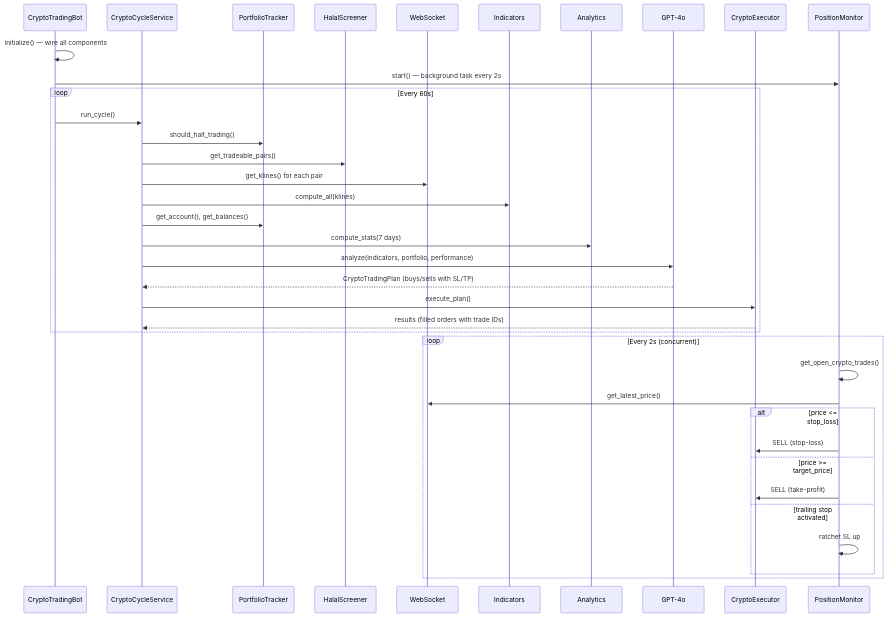
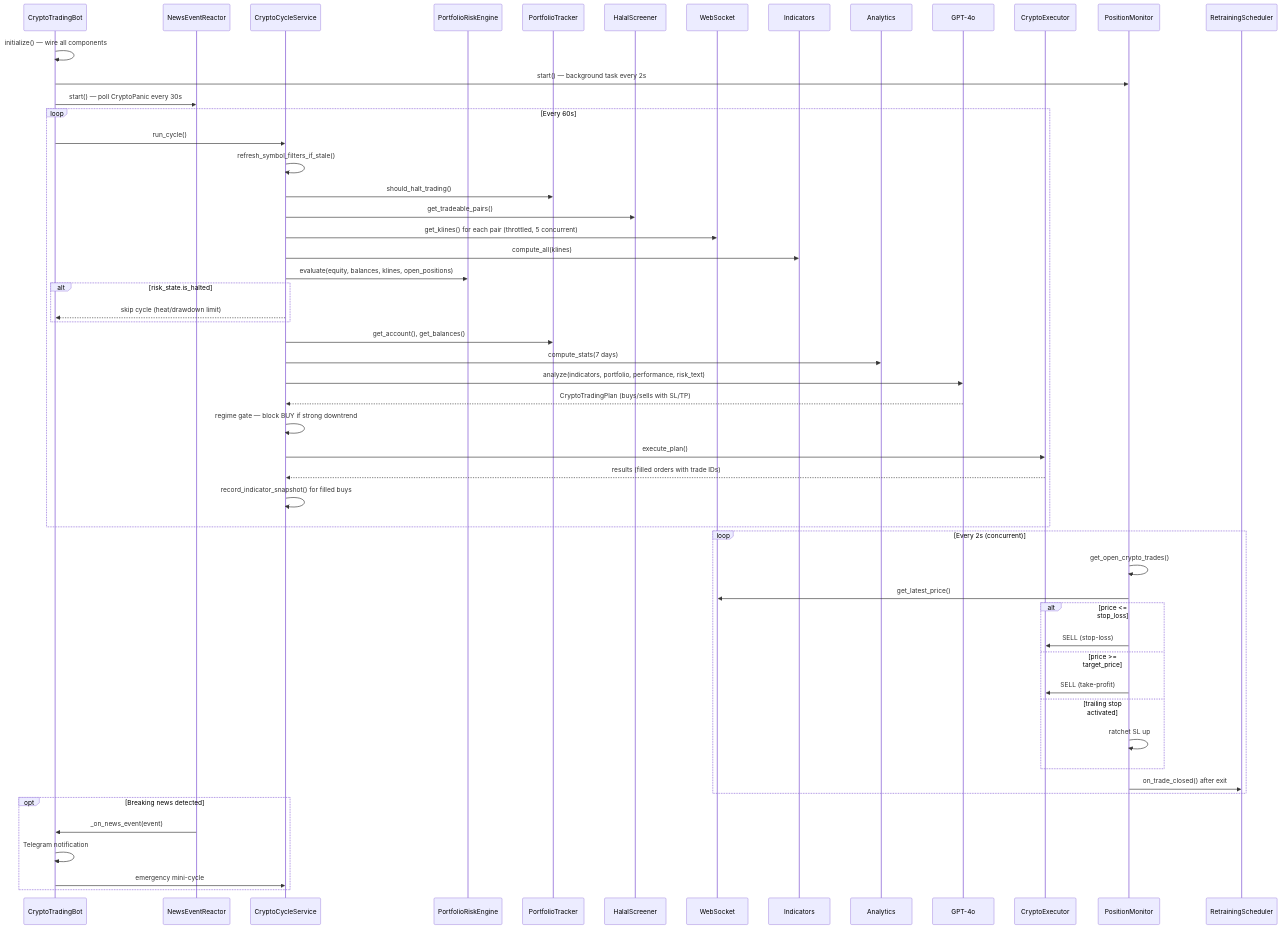
The second of 6 diagrams in docs/ARCHITECTURE.md (lanterno/tradeHalalLLM), drawn with Mermaid before and after one commit. The commit also changed other lines of this file, not shown here.

First line of the commit message:
docs: refresh ARCHITECTURE for risk engine, ML retraining, news reactor

````diff
--- a/docs/ARCHITECTURE.md
+++ b/docs/ARCHITECTURE.md
@@ -134,42 +161,60 @@
 ```mermaid
 sequenceDiagram
     participant Sched as CryptoTradingBot
+    participant News as NewsEventReactor
     participant Cycle as CryptoCycleService
+    participant Risk as PortfolioRiskEngine
     participant Port as PortfolioTracker
     participant Screen as HalalScreener
     participant WS as WebSocket
     participant Ind as Indicators
     participant Anal as Analytics
     participant LLM as GPT-4o
     participant Exec as CryptoExecutor
     participant Mon as PositionMonitor
+    participant Retrain as RetrainingScheduler
 
     Sched->>Sched: initialize() — wire all components
     Sched->>Mon: start() — background task every 2s
+    Sched->>News: start() — poll CryptoPanic every 30s
 
     loop Every 60s
         Sched->>Cycle: run_cycle()
+        Cycle->>Cycle: refresh_symbol_filters_if_stale()
         Cycle->>Port: should_halt_trading()
         Cycle->>Screen: get_tradeable_pairs()
-        Cycle->>WS: get_klines() for each pair
+        Cycle->>WS: get_klines() for each pair (throttled, 5 concurrent)
         Cycle->>Ind: compute_all(klines)
+        Cycle->>Risk: evaluate(equity, balances, klines, open_positions)
+        alt risk_state.is_halted
+            Cycle-->>Sched: skip cycle (heat/drawdown limit)
+        end
         Cycle->>Port: get_account(), get_balances()
         Cycle->>Anal: compute_stats(7 days)
-        Cycle->>LLM: analyze(indicators, portfolio, performance)
+        Cycle->>LLM: analyze(indicators, portfolio, performance, risk_text)
         LLM-->>Cycle: CryptoTradingPlan (buys/sells with SL/TP)
+        Cycle->>Cycle: regime gate — block BUY if strong downtrend
         Cycle->>Exec: execute_plan()
         Exec-->>Cycle: results (filled orders with trade IDs)
+        Cycle->>Cycle: record_indicator_snapshot() for filled buys
     end
 
     loop Every 2s (concurrent)
         Mon->>Mon: get_open_crypto_trades()
         Mon->>WS: get_latest_price()
         alt price <= stop_loss
             Mon->>Exec: SELL (stop-loss)
         else price >= target_price
             Mon->>Exec: SELL (take-profit)
         else trailing stop activated
             Mon->>Mon: ratchet SL up
         end
+        Mon->>Retrain: on_trade_closed() after exit
+    end
+
+    opt Breaking news detected
+        News->>Sched: _on_news_event(event)
+        Sched->>Sched: Telegram notification
+        Sched->>Cycle: emergency mini-cycle
     end
 ```
````
